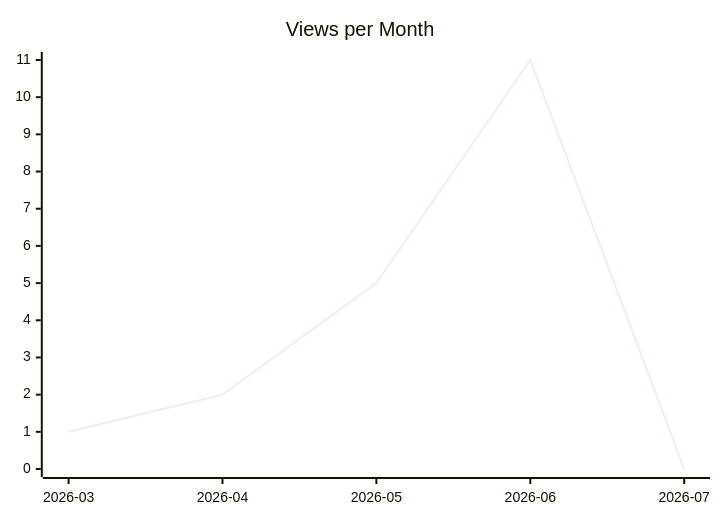
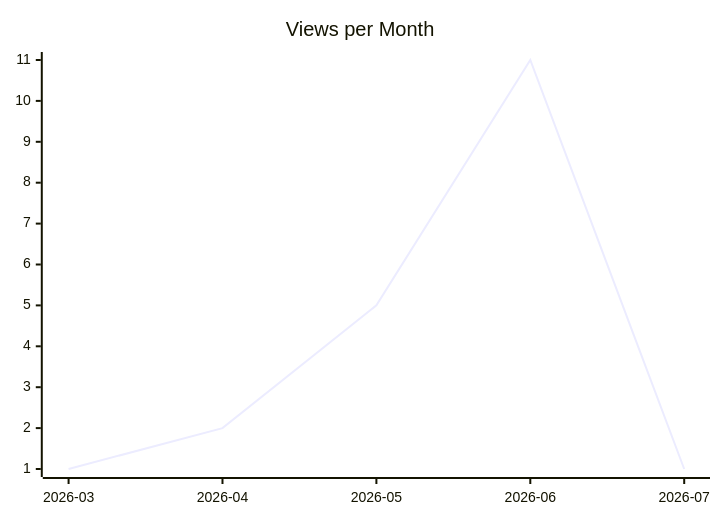
One commit to justdavis-family/github-analytics-data changed the second of 3 diagrams in karlmdavis/justdavis-ansible/README.md. Above: the diagram before and after it, drawn with Mermaid. The commit also changed other lines of this file and 200 other files, not shown here.

````diff
--- a/karlmdavis/justdavis-ansible/README.md
+++ b/karlmdavis/justdavis-ansible/README.md
@@ -12,6 +12,6 @@
 ```mermaid
 xychart-beta
   title "Views per Month"
   x-axis ["2026-03", "2026-04", "2026-05", "2026-06", "2026-07"]
-  line [1, 2, 5, 11, 0]
+  line [1, 2, 5, 11, 1]
 ```
````
